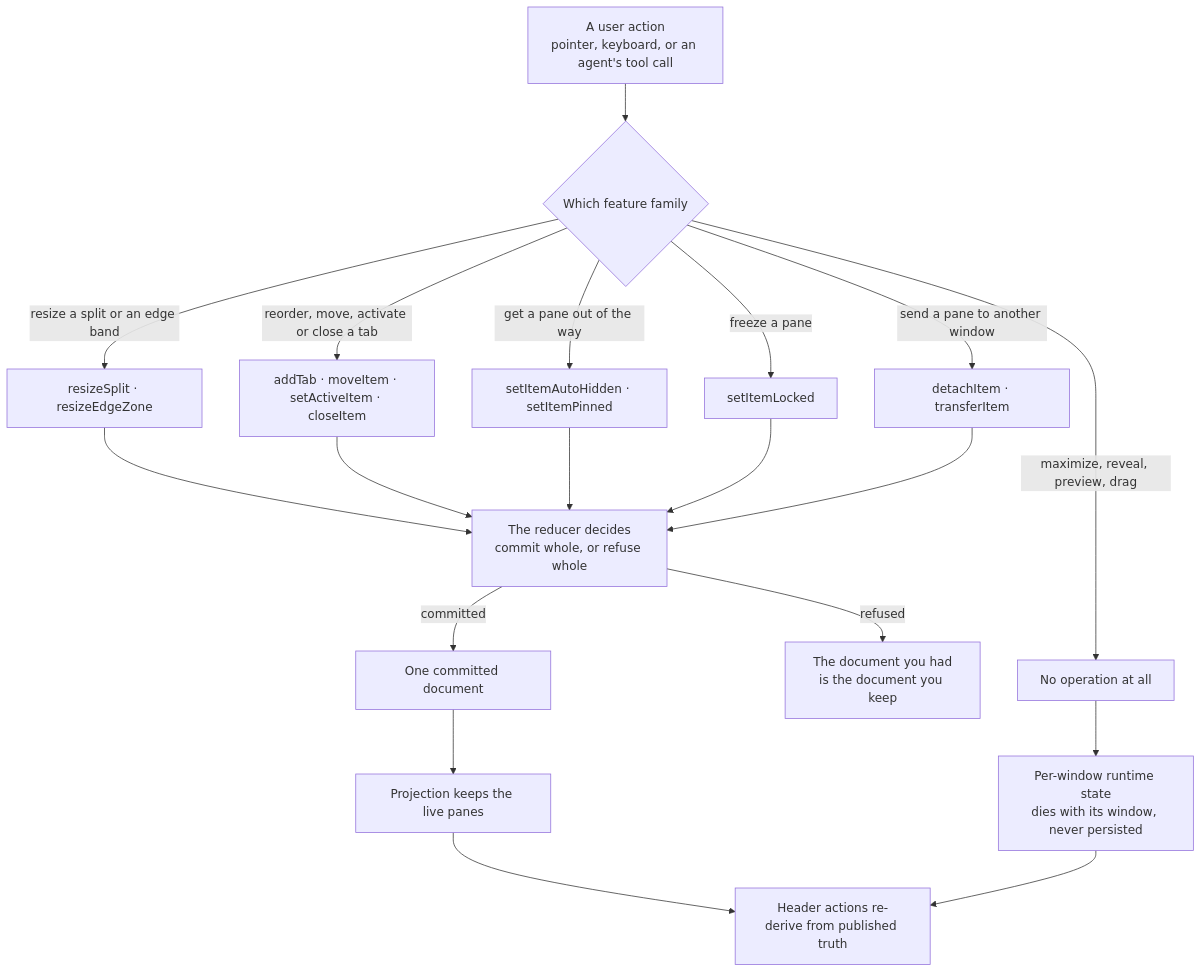
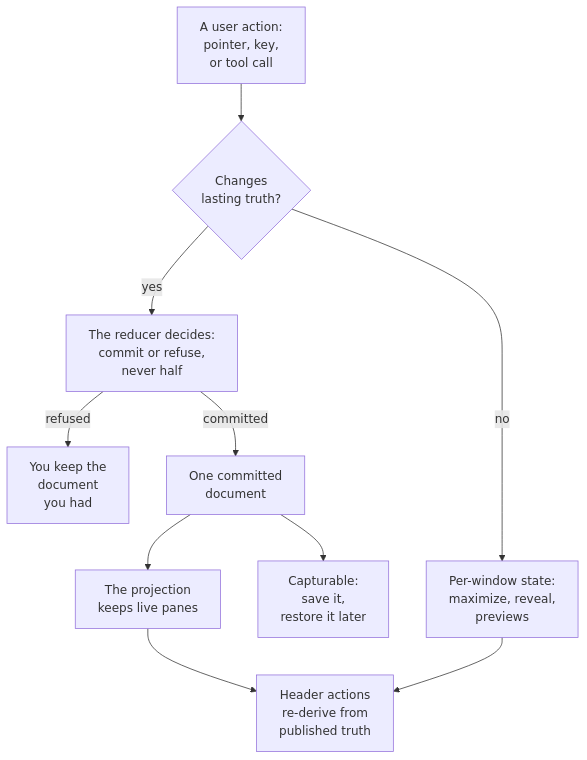
The diagram in learn/guides/uibuildingblocks/DockLayoutsFeatures.md (neomjs/neo), drawn with Mermaid before and after one commit. The commit also changed other lines of this file, not shown here.

First line of the commit message:
docs(dock): the feature guide separates what it watched from what it reads (#18033)

````diff
--- a/learn/guides/uibuildingblocks/DockLayoutsFeatures.md
+++ b/learn/guides/uibuildingblocks/DockLayoutsFeatures.md
@@ -23,21 +27,12 @@
 ```mermaid
 flowchart TD
-    Action["A user action<br/>pointer, keyboard, or an agent's tool call"] --> Family{"Which feature family"}
-    Family -->|"resize a split or an edge band"| Geometry["resizeSplit · resizeEdgeZone"]
-    Family -->|"reorder, move, activate or close a tab"| Tabs["addTab · moveItem · setActiveItem · closeItem"]
-    Family -->|"get a pane out of the way"| Rail["setItemAutoHidden · setItemPinned"]
-    Family -->|"freeze a pane"| Lock["setItemLocked"]
-    Family -->|"send a pane to another window"| Across["detachItem · transferItem"]
-    Family -->|"maximize, reveal, preview, drag"| Transient["No operation at all"]
-    Geometry --> Reducer["The reducer decides<br/>commit whole, or refuse whole"]
-    Tabs --> Reducer
-    Rail --> Reducer
-    Lock --> Reducer
-    Across --> Reducer
-    Reducer -->|"refused"| Kept["The document you had<br/>is the document you keep"]
-    Reducer -->|"committed"| Doc["One committed document"]
-    Doc --> Projection["Projection keeps the live panes"]
-    Transient --> Runtime["Per-window runtime state<br/>dies with its window, never persisted"]
-    Projection --> Header["Header actions re-derive from published truth"]
+    Action["A user action:<br/>pointer, key,<br/>or tool call"] --> Lane{"Changes<br/>lasting truth?"}
+    Lane -->|"yes"| Reducer["The reducer decides:<br/>commit or refuse,<br/>never half"]
+    Lane -->|"no"| Runtime["Per-window state:<br/>maximize, reveal,<br/>previews"]
+    Reducer -->|"refused"| Kept["You keep the<br/>document<br/>you had"]
+    Reducer -->|"committed"| Doc["One committed<br/>document"]
+    Doc --> Projection["The projection<br/>keeps live panes"]
+    Doc --> Capture["Capturable:<br/>save it,<br/>restore it later"]
+    Projection --> Header["Header actions<br/>re-derive from<br/>published truth"]
     Runtime --> Header
 ```
````
